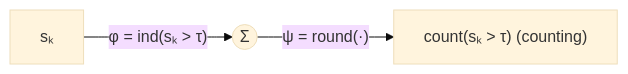
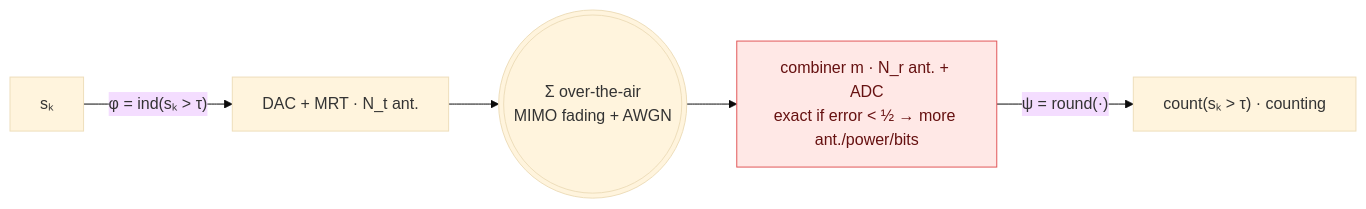
Before and after one commit to wincle626/OverAirCompute: the tenth of 13 diagrams in README.md, drawn with Mermaid (base theme). The commit also changed other lines of this file, not shown here.

````diff
--- a/README.md
+++ b/README.md
@@ -301,4 +344,9 @@
 ```mermaid
 flowchart LR
-    a["sₖ"] -->|"φ = ind(sₖ > τ)"| S(("Σ")) -->|"ψ = round(·)"| r["count(sₖ > τ)  (counting)"]
+    s["sₖ"] -->|"φ = ind(sₖ > τ)"| tx["DAC + MRT · N_t ant."]
+    tx --> air((("Σ over-the-air<br/>MIMO fading + AWGN")))
+    air --> rx["combiner m · N_r ant. + ADC<br/>exact if error < ½ → more ant./power/bits"]
+    rx -->|"ψ = round(·)"| r["count(sₖ > τ)  ·  counting"]
+    classDef hot fill:#ffe8e6,stroke:#E15759,color:#611;
+    class rx hot;
 ```
````
